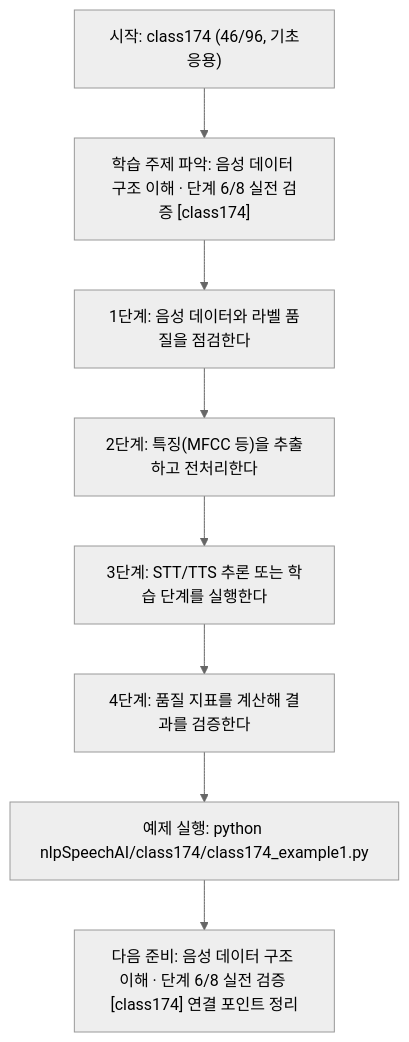
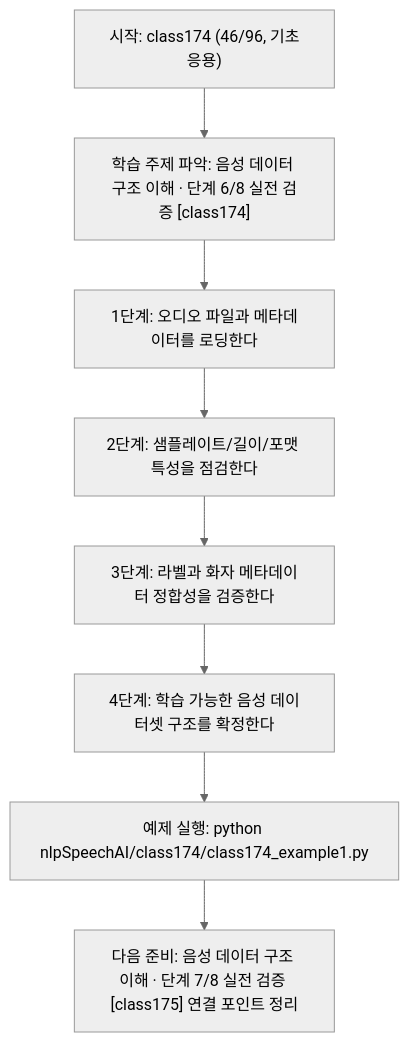
The diagram in nlpSpeechAI/class174/class174.md (edumgt/Python-AI_Agent-Class), drawn with Mermaid (neutral theme) before and after one commit. The commit also changed other lines of this file and 1122 other files, not shown here.

````diff
--- a/nlpSpeechAI/class174/class174.md
+++ b/nlpSpeechAI/class174/class174.md
@@ -115,18 +95,18 @@
 ```mermaid
 flowchart TD
 N1["시작: class174 (46/96, 기초응용)"]
 N2["학습 주제 파악: 음성 데이터 구조 이해 · 단계 6/8 실전 검증 [class174]"]
-N3["1단계: 음성 데이터와 라벨 품질을 점검한다"]
-N4["2단계: 특징(MFCC 등)을 추출하고 전처리한다"]
-N5["3단계: STT/TTS 추론 또는 학습 단계를 실행한다"]
-N6["4단계: 품질 지표를 계산해 결과를 검증한다"]
+N3["1단계: 오디오 파일과 메타데이터를 로딩한다"]
+N4["2단계: 샘플레이트/길이/포맷 특성을 점검한다"]
+N5["3단계: 라벨과 화자 메타데이터 정합성을 검증한다"]
+N6["4단계: 학습 가능한 음성 데이터셋 구조를 확정한다"]
 N7["예제 실행: python nlpSpeechAI/class174/class174_example1.py"]
-N8["다음 준비: 음성 데이터 구조 이해 · 단계 6/8 실전 검증 [class174] 연결 포인트 정리"]
+N8["다음 준비: 음성 데이터 구조 이해 · 단계 7/8 실전 검증 [class175] 연결 포인트 정리"]
 N1 --> N2
 N2 --> N3
 N3 --> N4
 N4 --> N5
 N5 --> N6
 N6 --> N7
 N7 --> N8
 ```
````
